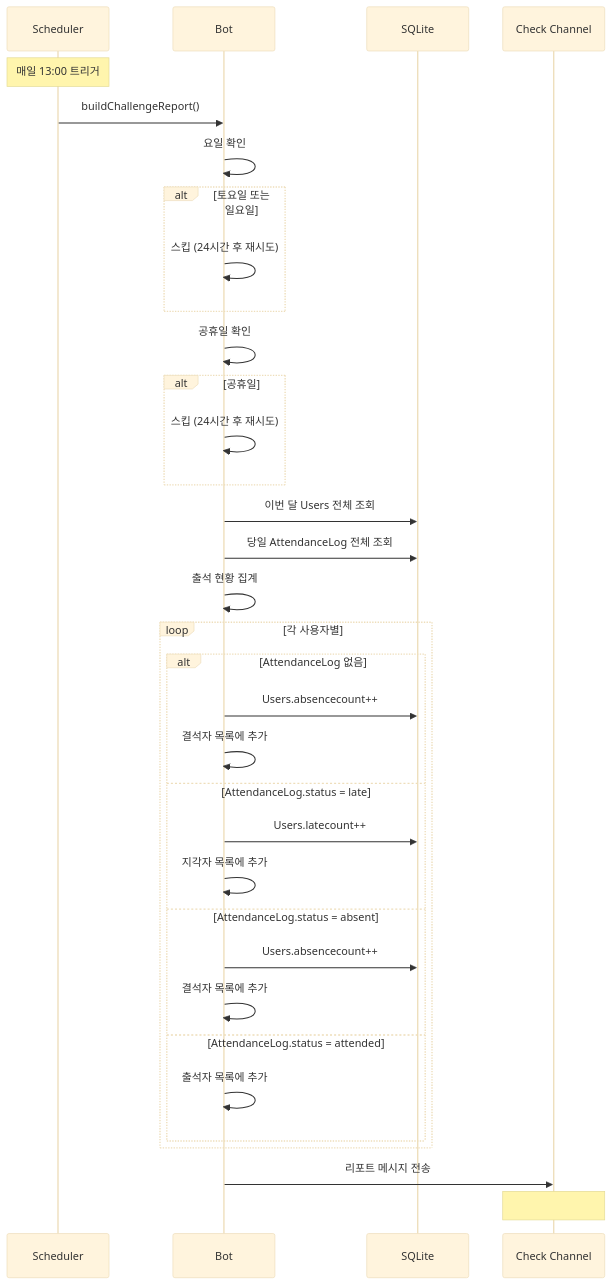
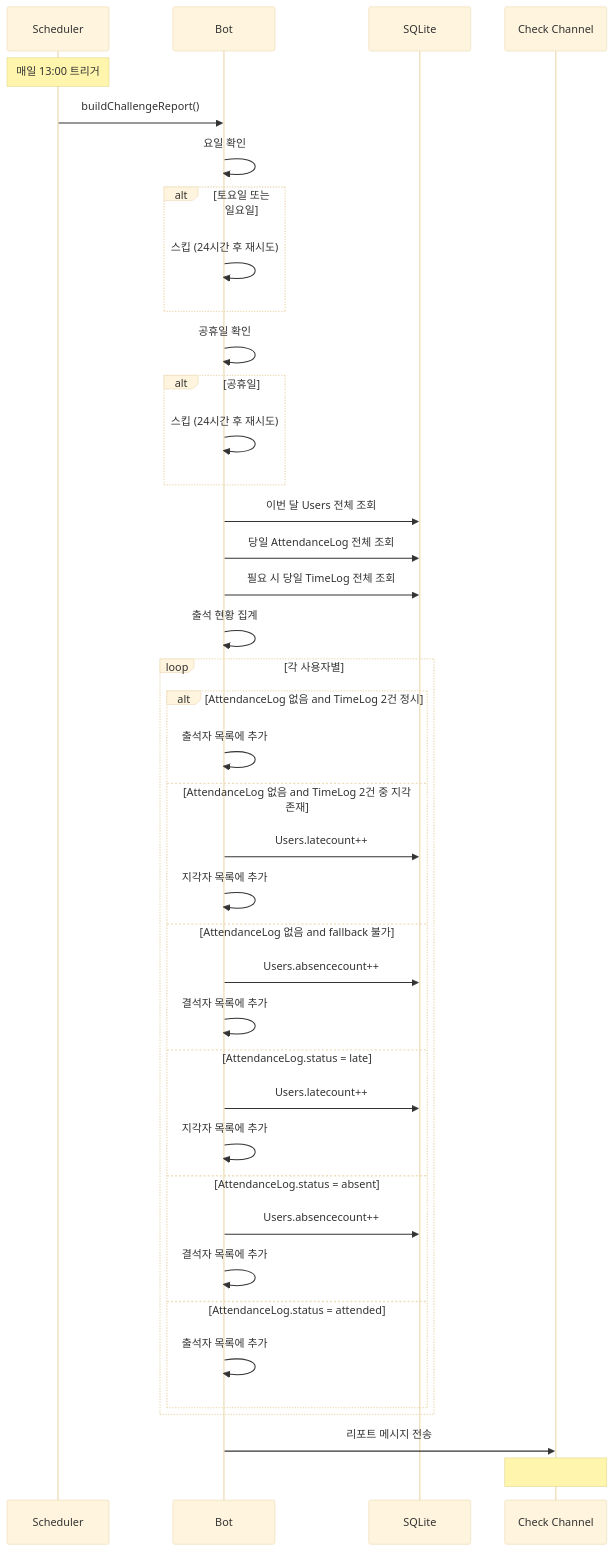
The sixth of 12 diagrams in docs/USER_STORIES.md (honki12345/haruharu-discord-bot), drawn with Mermaid (base theme) before and after one commit. The commit also changed other lines of this file and 3 other files, not shown here.

Commit message:
fix: keep challenge report compatible with legacy TimeLog writes (#24)

````diff
--- a/docs/USER_STORIES.md
+++ b/docs/USER_STORIES.md
@@ -270,43 +271,49 @@
 ```mermaid
 sequenceDiagram
     participant S as Scheduler
     participant B as Bot
     participant DB as SQLite
     participant C as Check Channel
 
     Note over S: 매일 13:00 트리거
     S->>B: buildChallengeReport()
 
     B->>B: 요일 확인
     alt 토요일 또는 일요일
         B->>B: 스킵 (24시간 후 재시도)
     end
 
     B->>B: 공휴일 확인
     alt 공휴일
         B->>B: 스킵 (24시간 후 재시도)
     end
 
     B->>DB: 이번 달 Users 전체 조회
     B->>DB: 당일 AttendanceLog 전체 조회
+    B->>DB: 필요 시 당일 TimeLog 전체 조회
 
     B->>B: 출석 현황 집계
 
     loop 각 사용자별
-        alt AttendanceLog 없음
+        alt AttendanceLog 없음 and TimeLog 2건 정시
+            B->>B: 출석자 목록에 추가
+        else AttendanceLog 없음 and TimeLog 2건 중 지각 존재
+            B->>DB: Users.latecount++
+            B->>B: 지각자 목록에 추가
+        else AttendanceLog 없음 and fallback 불가
             B->>DB: Users.absencecount++
             B->>B: 결석자 목록에 추가
         else AttendanceLog.status = late
                 B->>DB: Users.latecount++
                 B->>B: 지각자 목록에 추가
         else AttendanceLog.status = absent
             B->>DB: Users.absencecount++
             B->>B: 결석자 목록에 추가
         else AttendanceLog.status = attended
             B->>B: 출석자 목록에 추가
         end
     end
 
     B->>C: 리포트 메시지 전송
     Note over C: ### 20251208 출석표<br/>- 홍길동: 출석<br/>- 이영희: 지각 (3)<br/>- 박민수: 결석 (2/5)
 ```
````
